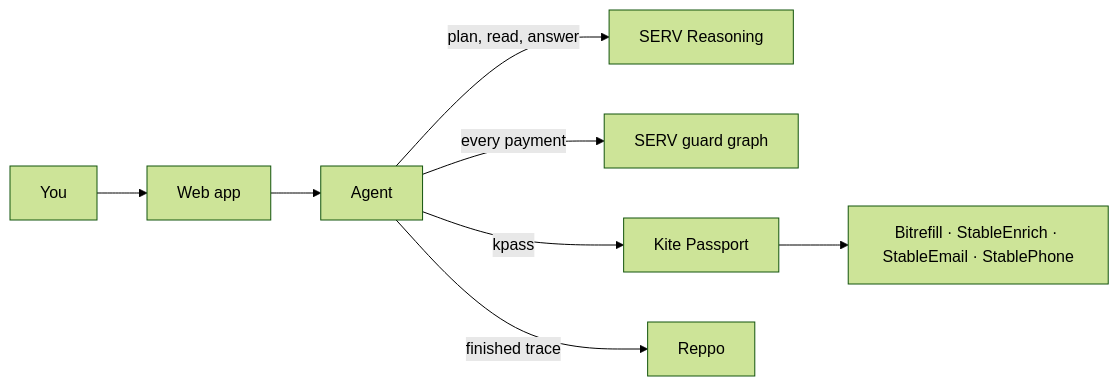
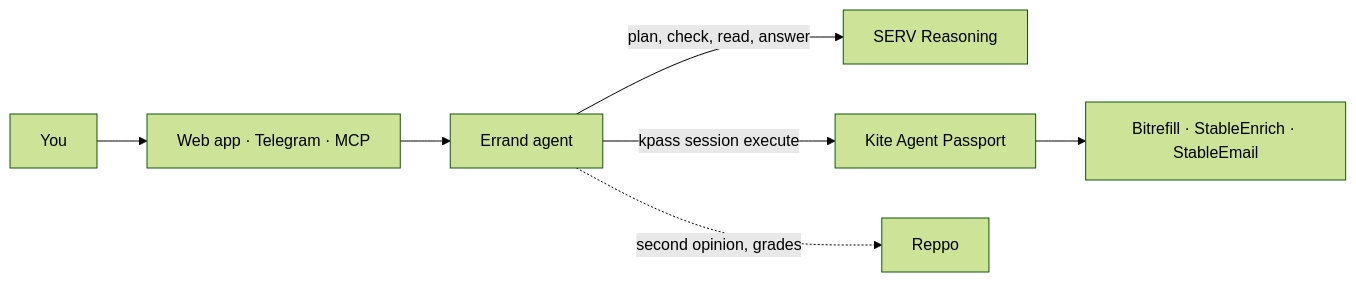
One commit to softalpha0/Errand changed the diagram in README.md. Above: the diagram before and after it, drawn with Mermaid (forest theme). The commit also changed other lines of this file and 5 other files, not shown here.

````diff
--- a/README.md
+++ b/README.md
@@ -57,8 +97,7 @@
 ```mermaid
 flowchart LR
-  U[You] --> W[Web app] --> A[Agent]
-  A -->|plan, read, answer| S[SERV Reasoning]
-  A -->|every payment| G[SERV guard graph]
-  A -->|kpass| K[Kite Passport] --> Sellers[Bitrefill · StableEnrich · StableEmail · StablePhone]
-  A -->|finished trace| R[Reppo]
+  U[You] --> W[Web app · Telegram · MCP] --> A[Errand agent]
+  A -->|plan, check, read, answer| S[SERV Reasoning]
+  A -->|kpass session execute| K[Kite Agent Passport] --> Sellers[Bitrefill · StableEnrich · StableEmail]
+  A -.->|second opinion, grades| R[Reppo]
 ```
````
